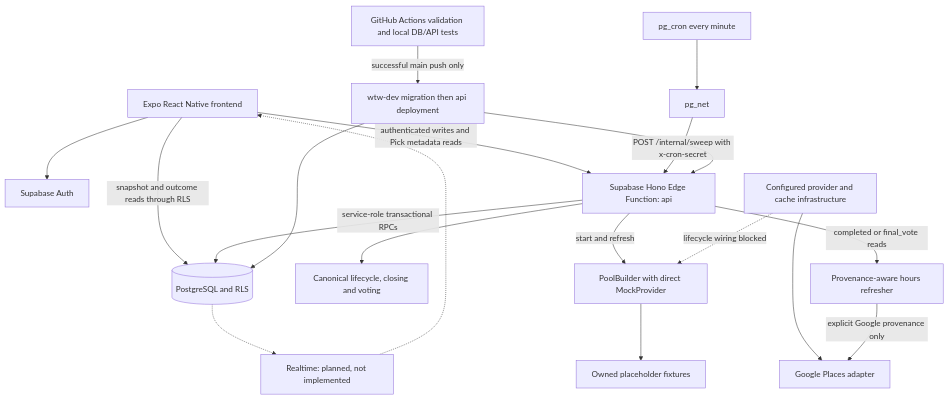
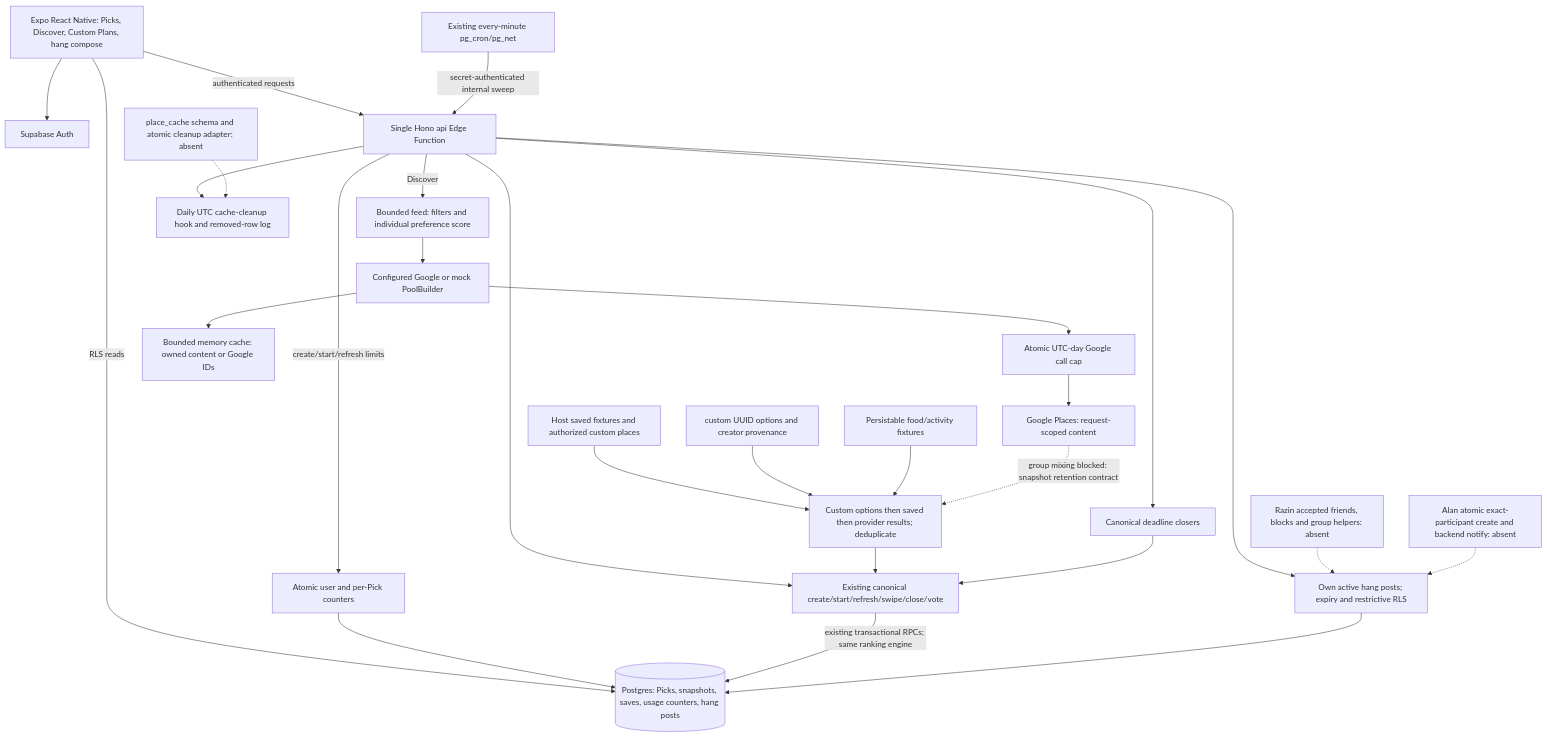
One commit to mopsha/WTW-CSE416 changed the fourth of 4 diagrams in docs/design.md. Above: the diagram before and after it, drawn with Mermaid. The commit also changed other lines of this file and 41 other files, not shown here.

Commit message:
feat: add M4 custom plans and hang posts

````diff
--- a/docs/design.md
+++ b/docs/design.md
@@ -326,21 +326,29 @@
 ```mermaid
 flowchart TD
-    App[Expo React Native frontend] --> Auth[Supabase Auth]
-    App -->|snapshot and outcome reads through RLS| DB[(PostgreSQL and RLS)]
-    App -->|authenticated writes and Pick metadata reads| API[Supabase Hono Edge Function: api]
-    API -->|service-role transactional RPCs| DB
-    API --> Domain[Canonical lifecycle, closing and voting]
-    API -->|start and refresh| Pool[PoolBuilder with direct MockProvider]
-    Pool --> Mock[Owned placeholder fixtures]
-    Configured[Configured provider and cache infrastructure] -.->|lifecycle wiring blocked| Pool
-    Configured --> Google[Google Places adapter]
-    API -->|completed or final_vote reads| Hours[Provenance-aware hours refresher]
-    Hours -->|explicit Google provenance only| Google
-    Cron[pg_cron every minute] --> Net[pg_net]
-    Net -->|POST /internal/sweep with x-cron-secret| API
-    CI[GitHub Actions validation and local DB/API tests] -->|successful main push only| CD[wtw-dev migration then api deployment]
-    CD --> DB
-    CD --> API
-    DB -.-> RT[Realtime: planned, not implemented]
-    RT -.-> App
+    App[Expo React Native: Picks, Discover, Custom Plans, hang compose] --> Auth[Supabase Auth]
+    App -->|RLS reads| DB[(Postgres: Picks, snapshots, saves, usage counters, hang posts)]
+    App -->|authenticated requests| API[Single Hono api Edge Function]
+    API -->|Discover| Discover[Bounded feed: filters and individual preference score]
+    Discover --> Providers[Configured Google or mock PoolBuilder]
+    Providers --> Budget[Atomic UTC-day Google call cap]
+    Budget --> Google[Google Places: request-scoped content]
+    Providers --> Cache[Bounded memory cache: owned content or Google IDs]
+    API -->|create/start/refresh limits| Limits[Atomic user and per-Pick counters]
+    Limits --> DB
+    API --> Lifecycle[Existing canonical create/start/refresh/swipe/close/vote]
+    Saved[Host saved fixtures and authorized custom places] --> Priority[Custom options then saved then provider results; deduplicate]
+    Custom[custom UUID options and creator provenance] --> Priority
+    Mock[Persistable food/activity fixtures] --> Priority
+    Priority --> Lifecycle
+    Lifecycle -->|existing transactional RPCs; same ranking engine| DB
+    Google -.->|group mixing blocked: snapshot retention contract| Priority
+    API --> Hang[Own active hang posts; expiry and restrictive RLS]
+    Hang --> DB
+    Graph[Razin accepted friends, blocks and group helpers: absent] -.-> Hang
+    Invites[Alan atomic exact-participant create and backend notify: absent] -.-> Hang
+    Cron[Existing every-minute pg_cron/pg_net] -->|secret-authenticated internal sweep| API
+    API --> Sweep[Canonical deadline closers]
+    API --> Cleanup[Daily UTC cache-cleanup hook and removed-row log]
+    Durable[place_cache schema and atomic cleanup adapter: absent] -.-> Cleanup
+    Sweep --> Lifecycle
 ```
````
